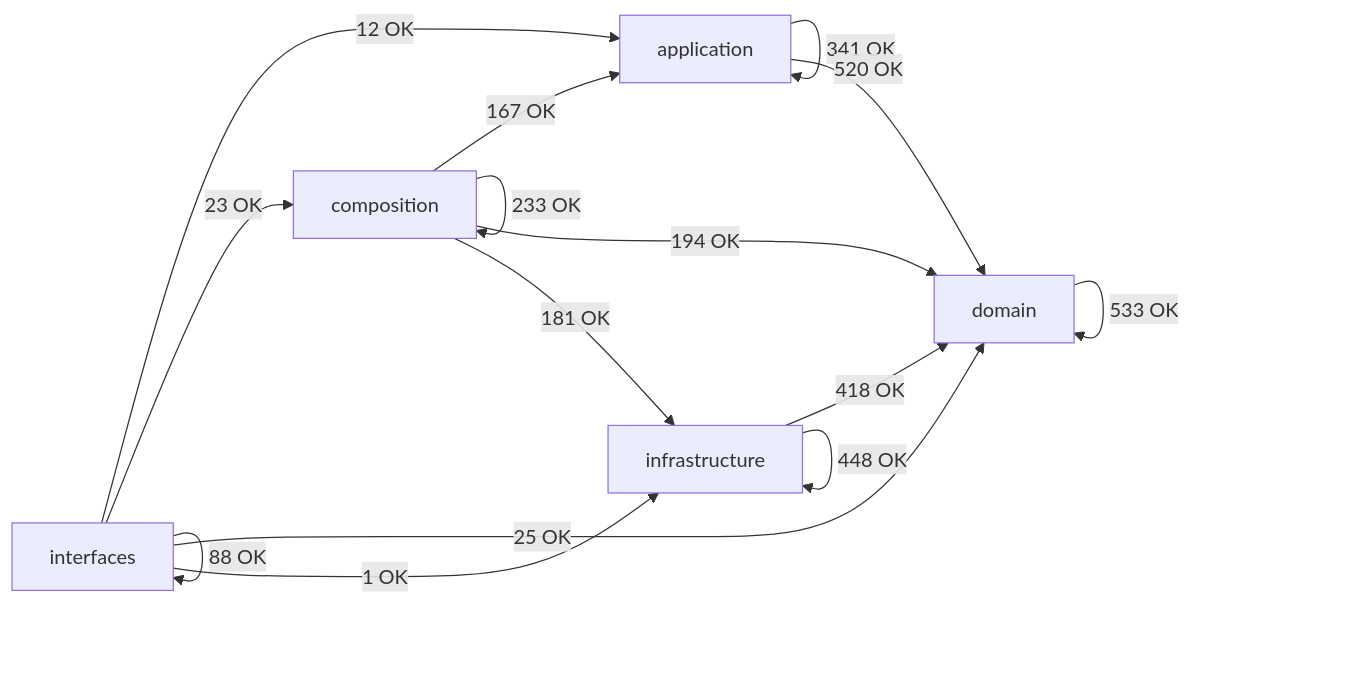
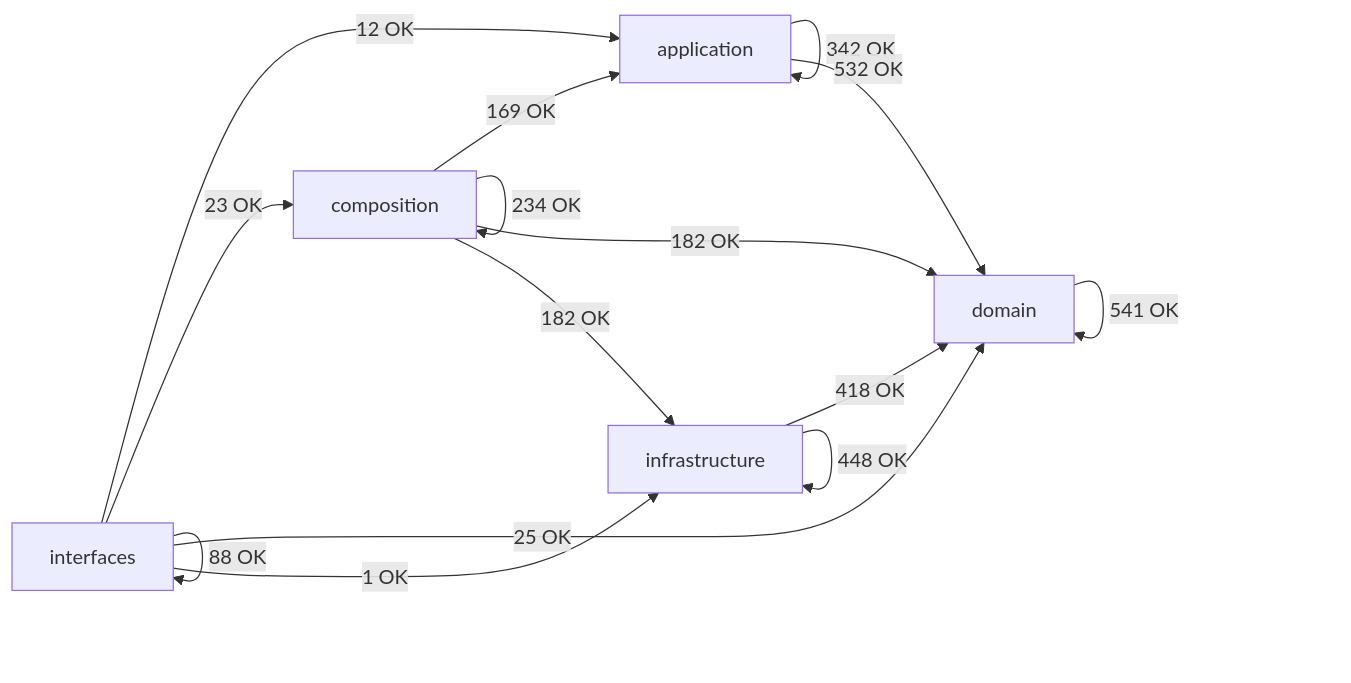
One commit to SatoryKono/BioactivityDataAcquisition changed the diagram in docs/02-architecture/generated/module-dependency-map.md. Above: the diagram before and after it, drawn with Mermaid. The commit also changed other lines of this file and 48 other files, not shown here.

````diff
--- a/docs/02-architecture/generated/module-dependency-map.md
+++ b/docs/02-architecture/generated/module-dependency-map.md
@@ -15,22 +15,22 @@
 ```mermaid
 flowchart LR
     domain[domain]
     application[application]
     infrastructure[infrastructure]
     composition[composition]
     interfaces[interfaces]
-    application -->|341 OK| application
-    application -->|520 OK| domain
-    composition -->|167 OK| application
-    composition -->|233 OK| composition
-    composition -->|194 OK| domain
-    composition -->|181 OK| infrastructure
-    domain -->|533 OK| domain
+    application -->|342 OK| application
+    application -->|532 OK| domain
+    composition -->|169 OK| application
+    composition -->|234 OK| composition
+    composition -->|182 OK| domain
+    composition -->|182 OK| infrastructure
+    domain -->|541 OK| domain
     infrastructure -->|418 OK| domain
     infrastructure -->|448 OK| infrastructure
     interfaces -->|12 OK| application
     interfaces -->|23 OK| composition
     interfaces -->|25 OK| domain
     interfaces -->|1 OK| infrastructure
     interfaces -->|88 OK| interfaces
 ```
````
